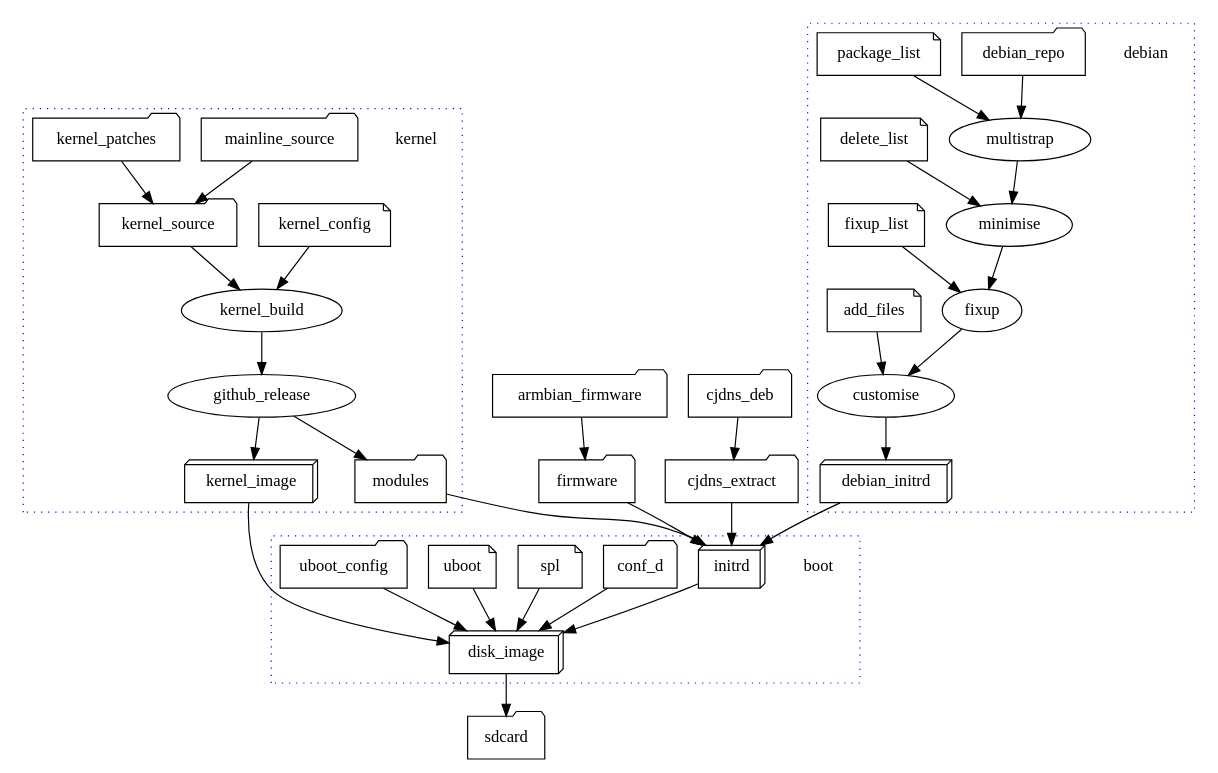
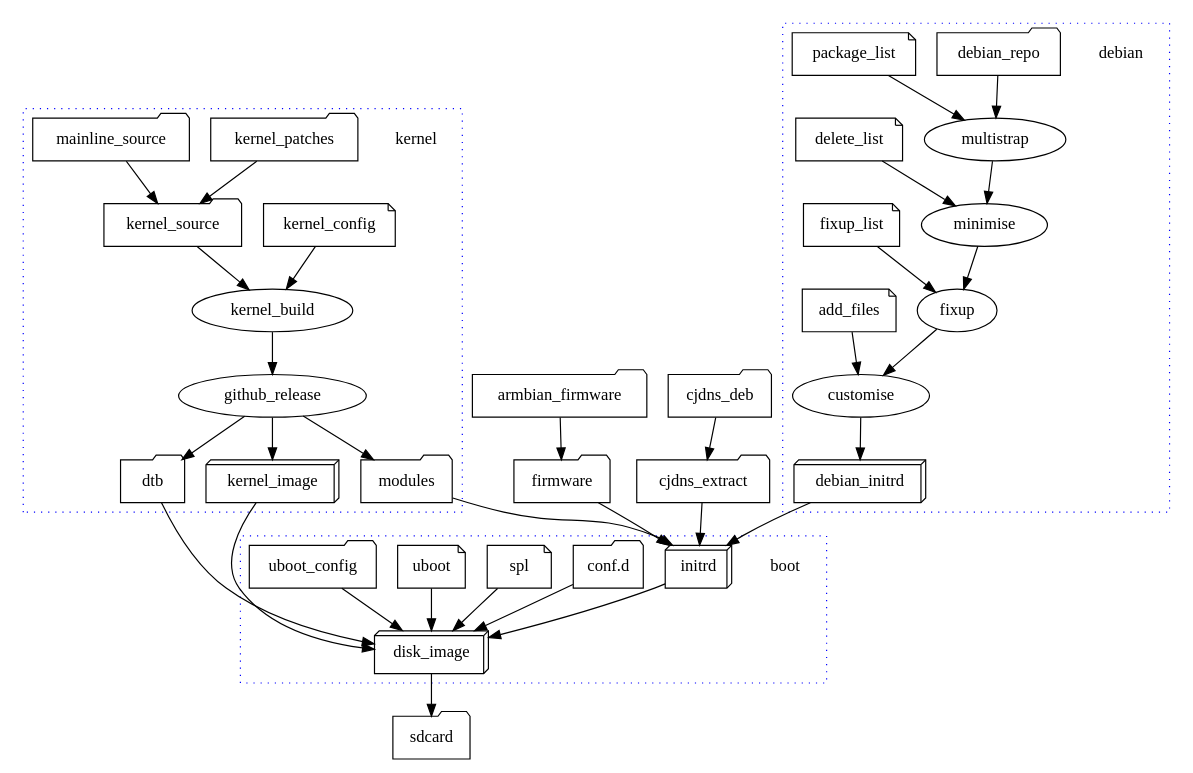
The diagram in docs/build.dot (tomeshnet/mesh-orange), drawn with Graphviz before and after one commit. The commit also changed 1 other file, not shown here.

Commit message:
Update doc diagrams

```diff
--- a/docs/build.dot
+++ b/docs/build.dot
@@ -1,85 +1,88 @@
 #
 # Outline how the build process works
 #
 
 digraph g{
 
     subgraph cluster_debian {
         debian [shape=plaintext];
         graph[style=dotted];
         color=blue;
 
         debian_repo [shape=folder];
         package_list [shape=note];
         delete_list [shape=note];
         fixup_list [shape=note];
         add_files [shape=note];
         debian_initrd [shape=box3d];
 
         debian_repo -> multistrap -> minimise -> fixup -> customise;
 
         package_list -> multistrap;
         delete_list -> minimise;
         fixup_list -> fixup;
         add_files -> customise;
 
         customise -> debian_initrd;
     }
     
     subgraph cluster_kernel {
         kernel [shape=plaintext];
         graph[style=dotted];
         color=blue;
 
         kernel_config [shape=note];
         mainline_source [shape=folder];
         kernel_patches [shape=folder];
         kernel_source [shape=folder];
         kernel_image [shape=box3d];
         modules [shape=folder];
+        dtb [shape=folder];
 
         kernel_patches -> kernel_source;
         mainline_source -> kernel_source;
         kernel_source -> kernel_build;
         kernel_config -> kernel_build;
 
         kernel_build -> github_release -> kernel_image;
         github_release -> modules;
+        github_release -> dtb;
     }
 
     armbian_firmware [shape=folder];
     firmware [shape=folder];
     armbian_firmware -> firmware;
 
     cjdns_deb [shape=folder];
     cjdns_extract [shape=folder];
     cjdns_deb -> cjdns_extract;
 
     subgraph cluster_boot {
         boot [shape=plaintext];
         graph[style=dotted];
         color=blue;
 
         initrd [shape=box3d];
-        conf_d [shape=folder];
+        conf_d [label="conf.d" shape=folder];
         spl [shape=note];
         uboot [shape=note];
         uboot_config [shape=folder];
 
         spl -> disk_image;
         uboot -> disk_image;
         uboot_config -> disk_image;
         initrd -> disk_image;
         conf_d -> disk_image;
+        dtb -> disk_image;
     }
 
     firmware -> initrd;
     debian_initrd -> initrd;
     modules -> initrd;
     cjdns_extract -> initrd;
     kernel_image -> disk_image;
 
     disk_image [shape=box3d];
     sdcard [shape=folder];
     disk_image -> sdcard;
 }
```
